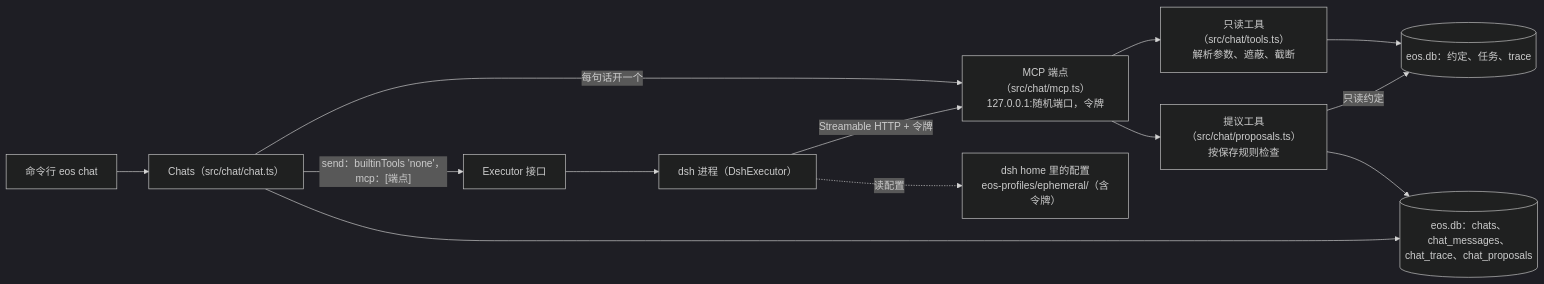
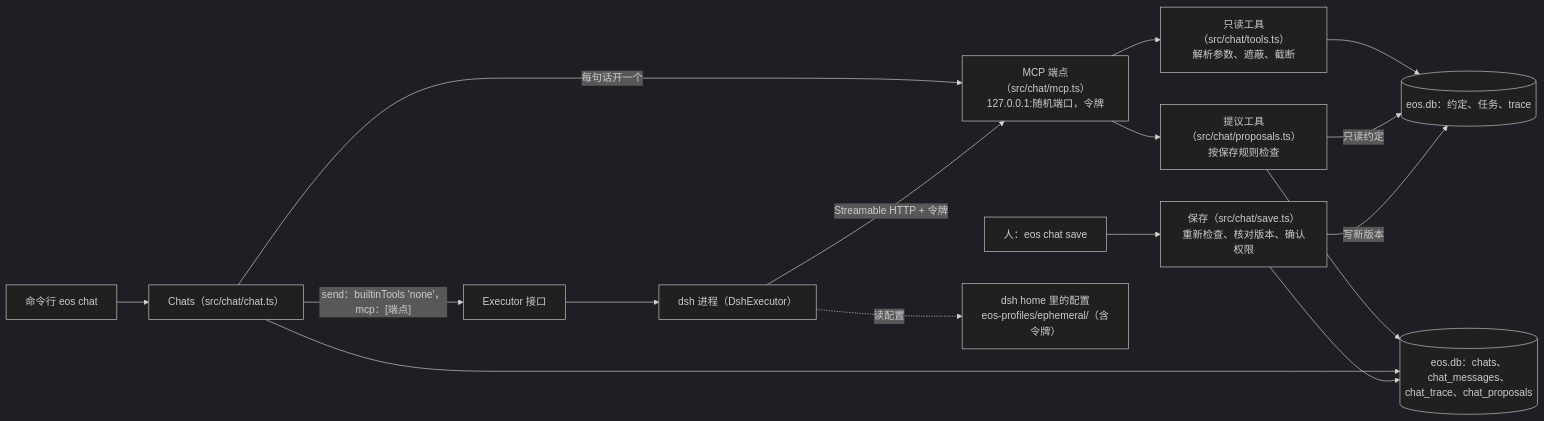
One commit to Izelzzz/Eos-workbench changed the diagram in docs/adr/008-chat-agent.md. Above: the diagram before and after it, drawn with Mermaid (dark theme). The commit also changed other lines of this file and 16 other files, not shown here.

First line of the commit message:
对话 agent 的提议经人确认保存（eos chat show / save） (#118)

````diff
--- a/docs/adr/008-chat-agent.md
+++ b/docs/adr/008-chat-agent.md
@@ -30,15 +30,18 @@
 ```mermaid
 flowchart LR
   user["命令行 eos chat"] --> chats["Chats（src/chat/chat.ts）"]
   chats -->|每句话开一个| ep["MCP 端点（src/chat/mcp.ts）<br/>127.0.0.1:随机端口，令牌"]
   chats -->|"send：builtinTools 'none'，mcp：[端点]"| ex["Executor 接口"]
   ex --> dsh["dsh 进程（DshExecutor）"]
   dsh -->|Streamable HTTP + 令牌| ep
   ep --> tools["只读工具（src/chat/tools.ts）<br/>解析参数、遮蔽、截断"]
   ep --> propose["提议工具（src/chat/proposals.ts）<br/>按保存规则检查"]
   tools --> db[("eos.db：约定、任务、trace")]
   propose -->|只读约定| db
   propose --> chatdb
   chats --> chatdb[("eos.db：chats、chat_messages、chat_trace、chat_proposals")]
+  human["人：eos chat save"] --> save["保存（src/chat/save.ts）<br/>重新检查、核对版本、确认权限"]
+  save --> chatdb
+  save -->|写新版本| db
   dsh -. 读配置 .-> patch["dsh home 里的配置<br/>eos-profiles/ephemeral/（含令牌）"]
 ```
````
